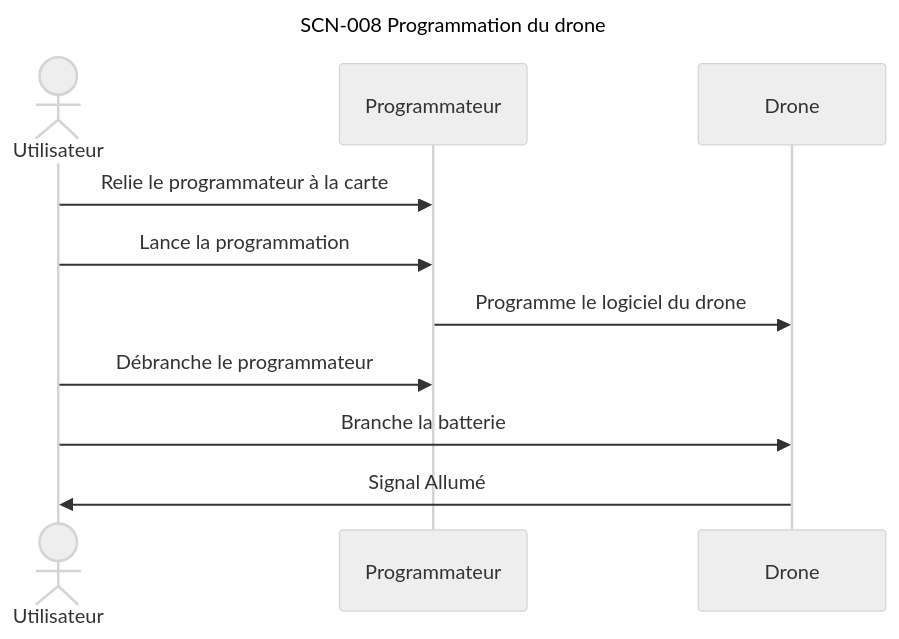
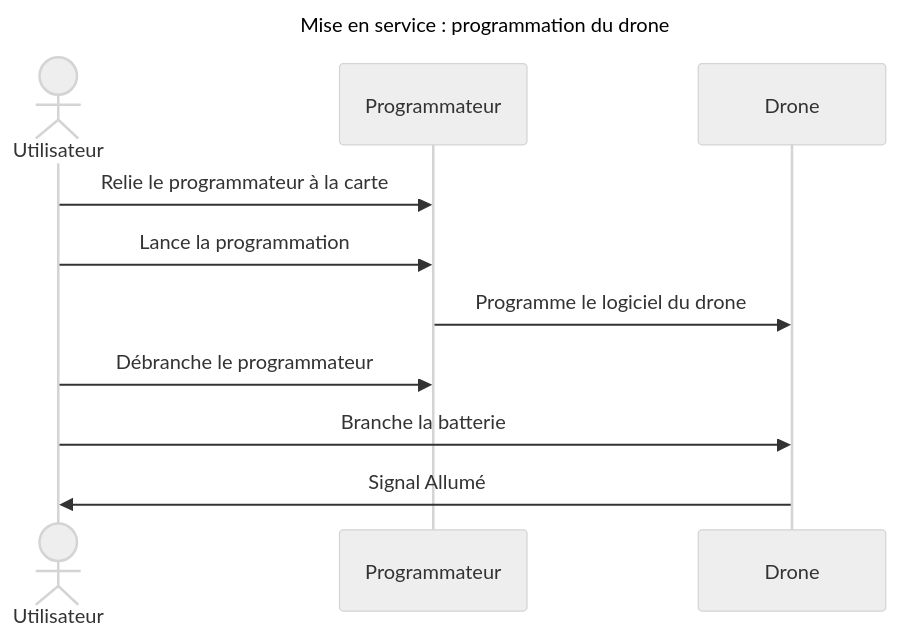
Diagram 12 of 15 in projets/boomrone/00-scenarios.md (thourymatthieu-png/coworker_archi_system), drawn with Mermaid (neutral theme) before and after one commit. The commit also changed other lines of this file and 6 other files, not shown here.

````diff
--- a/projets/boomrone/00-scenarios.md
+++ b/projets/boomrone/00-scenarios.md
@@ -632,15 +728,15 @@
 ```mermaid
 ---
-title: "SCN-008 Programmation du drone"
+title: "Mise en service : programmation du drone"
 ---
 sequenceDiagram
     actor U as Utilisateur
     participant P as Programmateur
     participant D as Drone
     U->>P: Relie le programmateur à la carte
     U->>P: Lance la programmation
     P->>D: Programme le logiciel du drone
     U->>P: Débranche le programmateur
     U->>D: Branche la batterie
     D->>U: Signal Allumé
 ```
````
